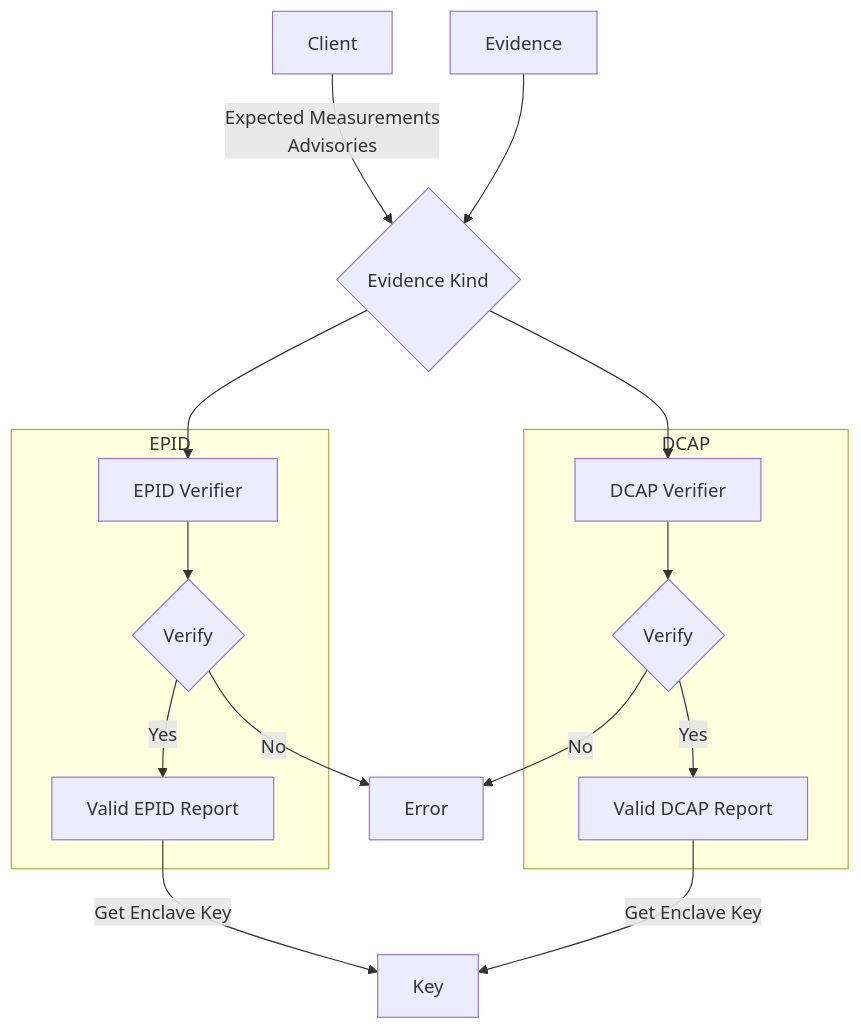
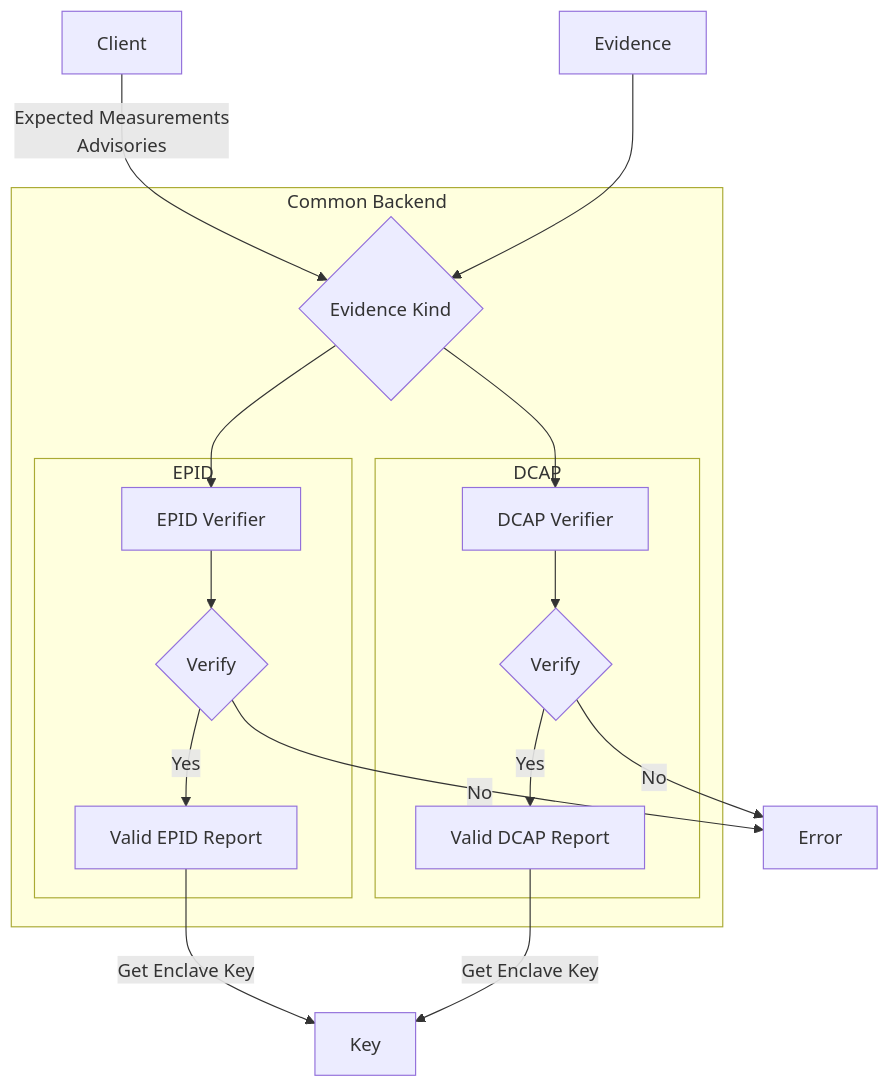
Before and after one commit to mobilecoinfoundation/mcips: the first of 2 diagrams in text/0065-dcap-attestation-evidence.md, drawn with Mermaid. The commit also changed other lines of this file, not shown here.

````diff
--- a/text/0065-dcap-attestation-evidence.md
+++ b/text/0065-dcap-attestation-evidence.md
@@ -82,19 +68,21 @@
 ```mermaid
 flowchart TD
     C[Client] -->|Expected Measurements\nAdvisories| Ki
     E[Evidence] --> Ki{Evidence Kind}
+    subgraph Common Backend
     Ki --> Ev[EPID Verifier]
     subgraph EPID
     Ev --> EVy{Verify}
     EVy --> |Yes| Er[Valid EPID Report]
     end
     Ki --> Dv[DCAP Verifier]
     subgraph DCAP
     Dv --> DVy{Verify}
     DVy --> |Yes| Dr[Valid DCAP Report]
     end
+    end
     DVy --> |No| F[Error]
     EVy --> |No| F[Error]
     Er --> |Get Enclave Key| K[Key]
     Dr --> |Get Enclave Key| K[Key]
 ```
````
